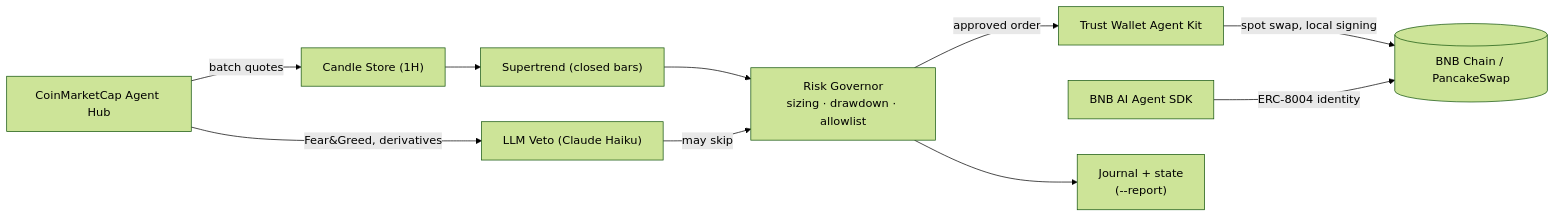
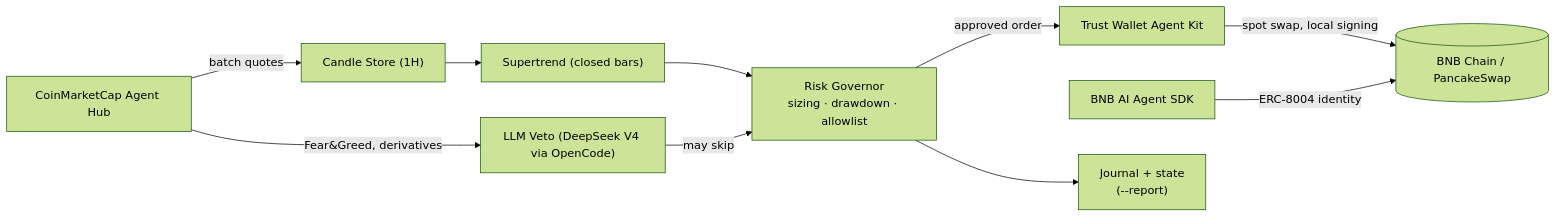
Before and after one commit to siredwinm/fidukat-trading-bot: the first of 2 diagrams in DESIGN.md, drawn with Mermaid (forest theme). The commit also changed other lines of this file and 6 other files, not shown here.

First line of the commit message:
HTML dashboard + cost-efficient LLM veto with fail-open fallback chain

````diff
--- a/DESIGN.md
+++ b/DESIGN.md
@@ -113,12 +115,12 @@
 ```mermaid
 flowchart LR
     CMC["CoinMarketCap Agent Hub"] -->|batch quotes| CS["Candle Store (1H)"]
-    CMC -->|Fear&Greed, derivatives| V["LLM Veto (Claude Haiku)"]
+    CMC -->|Fear&Greed, derivatives| V["LLM Veto (DeepSeek V4 via OpenCode)"]
     CS --> SIG["Supertrend (closed bars)"]
     SIG --> GOV["Risk Governor<br/>sizing · drawdown · allowlist"]
     V -->|may skip| GOV
     GOV -->|approved order| TWAK["Trust Wallet Agent Kit"]
     TWAK -->|spot swap, local signing| BSC[("BNB Chain / PancakeSwap")]
     SDK["BNB AI Agent SDK"] -->|ERC-8004 identity| BSC
     GOV --> J["Journal + state<br/>(--report)"]
 ```
````
